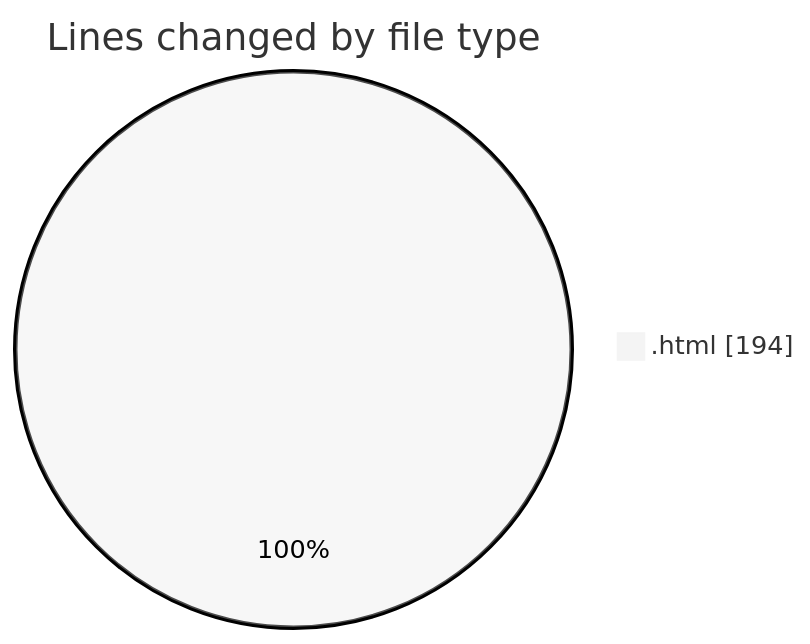
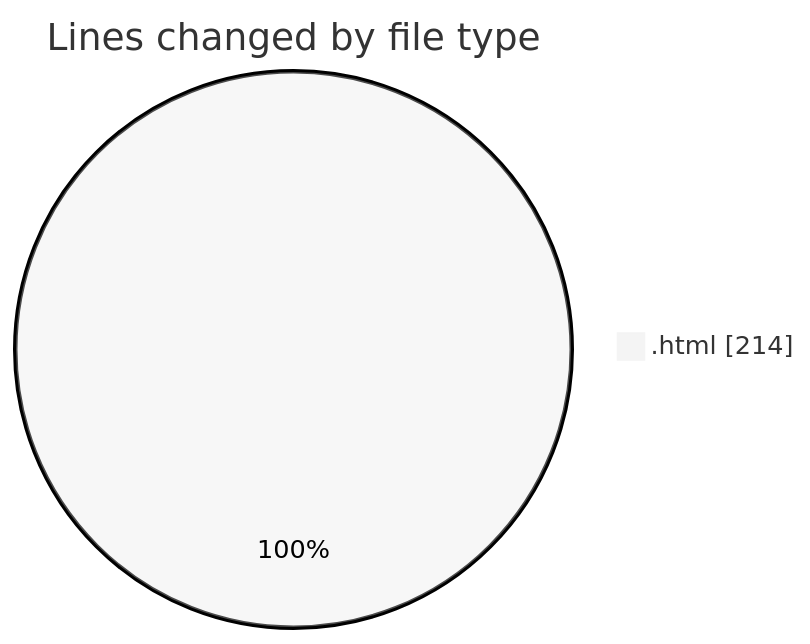
The first of 2 diagrams in 2025-01-08/nueva_carpeta/README.md (LanceThiago/code-tracking), drawn with Mermaid (neutral theme) before and after one commit. The commit also changed other lines of this file and 1 other file, not shown here.

````diff
--- a/2025-01-08/nueva_carpeta/README.md
+++ b/2025-01-08/nueva_carpeta/README.md
@@ -20,5 +20,5 @@
 ```mermaid
 pie showData
 title Lines changed by file type
-".html" : 194
+".html" : 214
 ```
````
